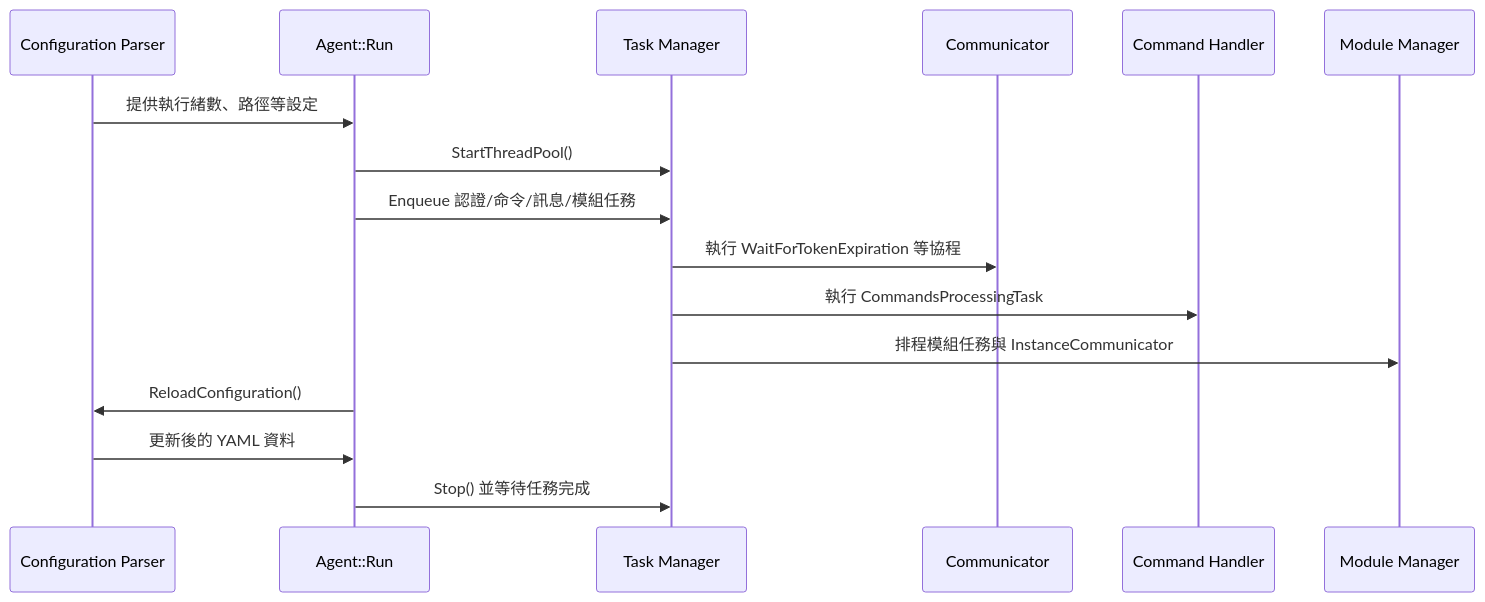
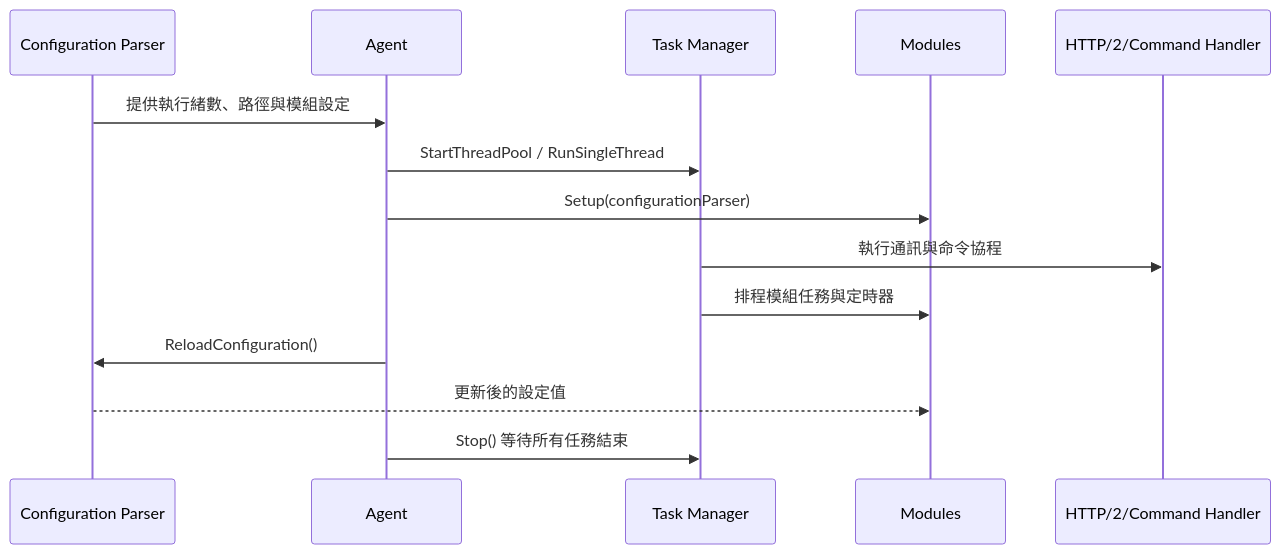
One commit to edhsu1984/wazuh-agent changed the diagram in references/support-services-module.md. Above: the diagram before and after it, drawn with Mermaid. The commit also changed other lines of this file and 3 other files, not shown here.

Commit message:
docs: refresh references for agent architecture

````diff
--- a/references/support-services-module.md
+++ b/references/support-services-module.md
@@ -65,19 +28,17 @@
 ```mermaid
 sequenceDiagram
     participant Cfg as Configuration Parser
-    participant Agent as Agent::Run
+    participant Agent as Agent
     participant TM as Task Manager
-    participant Comm as Communicator
-    participant Cmd as Command Handler
-    participant Mod as Module Manager
+    participant Modules
+    participant Core as HTTP/2/Command Handler
 
-    Cfg->>Agent: 提供執行緒數、路徑等設定
-    Agent->>TM: StartThreadPool()
-    Agent->>TM: Enqueue 認證/命令/訊息/模組任務
-    TM->>Comm: 執行 WaitForTokenExpiration 等協程
-    TM->>Cmd: 執行 CommandsProcessingTask
-    TM->>Mod: 排程模組任務與 InstanceCommunicator
+    Cfg->>Agent: 提供執行緒數、路徑與模組設定
+    Agent->>TM: StartThreadPool / RunSingleThread
+    Agent->>Modules: Setup(configurationParser)
+    TM->>Core: 執行通訊與命令協程
+    TM->>Modules: 排程模組任務與定時器
     Agent->>Cfg: ReloadConfiguration()
-    Cfg->>Agent: 更新後的 YAML 資料
-    Agent->>TM: Stop() 並等待任務完成
+    Cfg-->>Modules: 更新後的設定值
+    Agent->>TM: Stop() 等待所有任務結束
 ```
````
